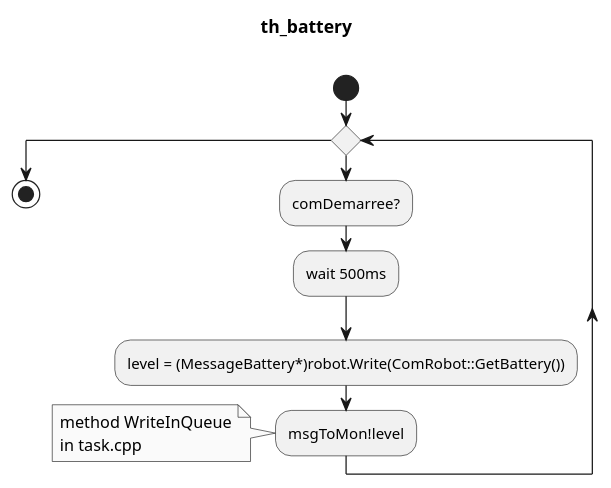
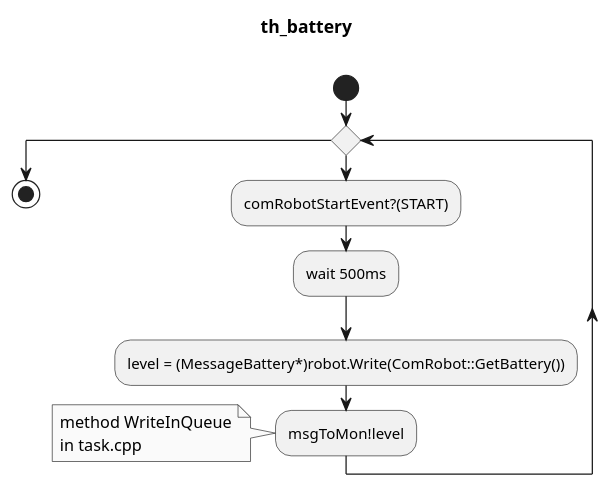
The diagram in diags/th_battery.puml (Bobillot/BE_Temps_Reel), drawn with PlantUML before and after one commit.

Commit message:
edit battery var name

```diff
--- a/diags/th_battery.puml
+++ b/diags/th_battery.puml
@@ -1,21 +1,21 @@
 @startuml
 
 skinparam monochrome true
 title th_battery \n
 
 start
 
 while ()
-  :comDemarree?;
+  :comRobotStartEvent?(START);
   :wait 500ms;
   :level = (MessageBattery*)robot.Write(ComRobot::GetBattery());
   :msgToMon!level;
   note 
     method WriteInQueue
     in task.cpp
   endnote
   
 endwhile
 stop
 
 @enduml
```
